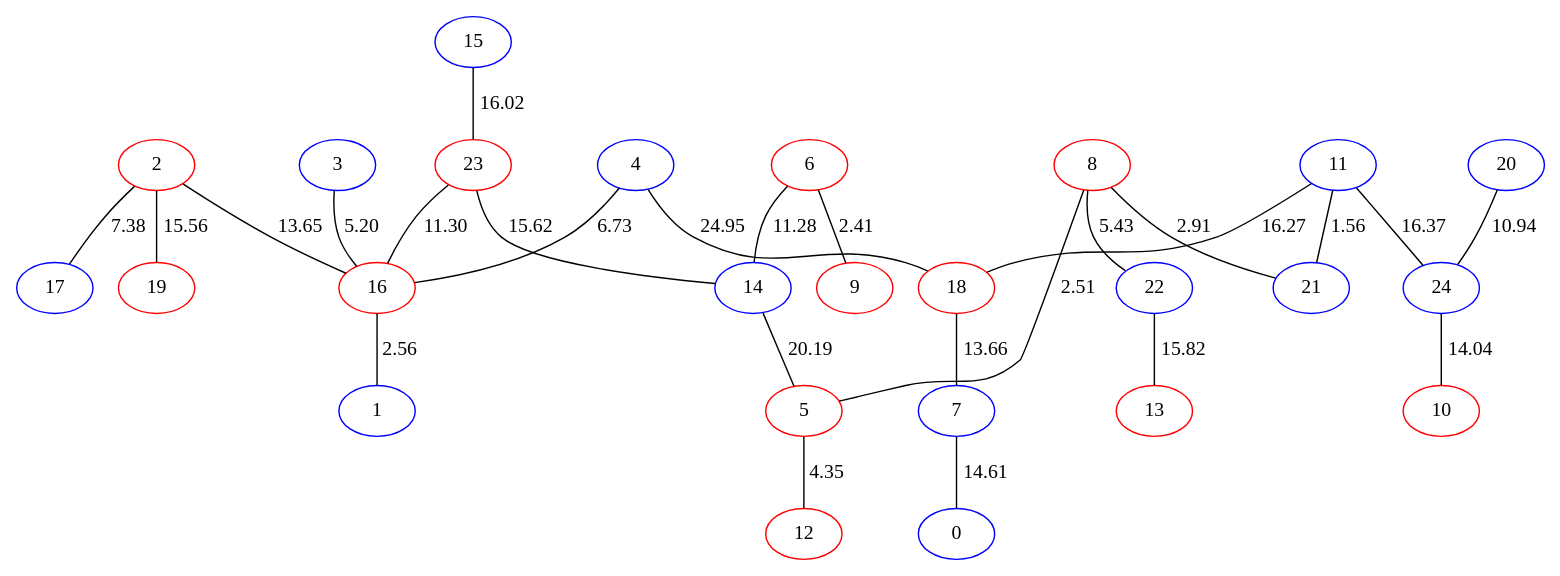
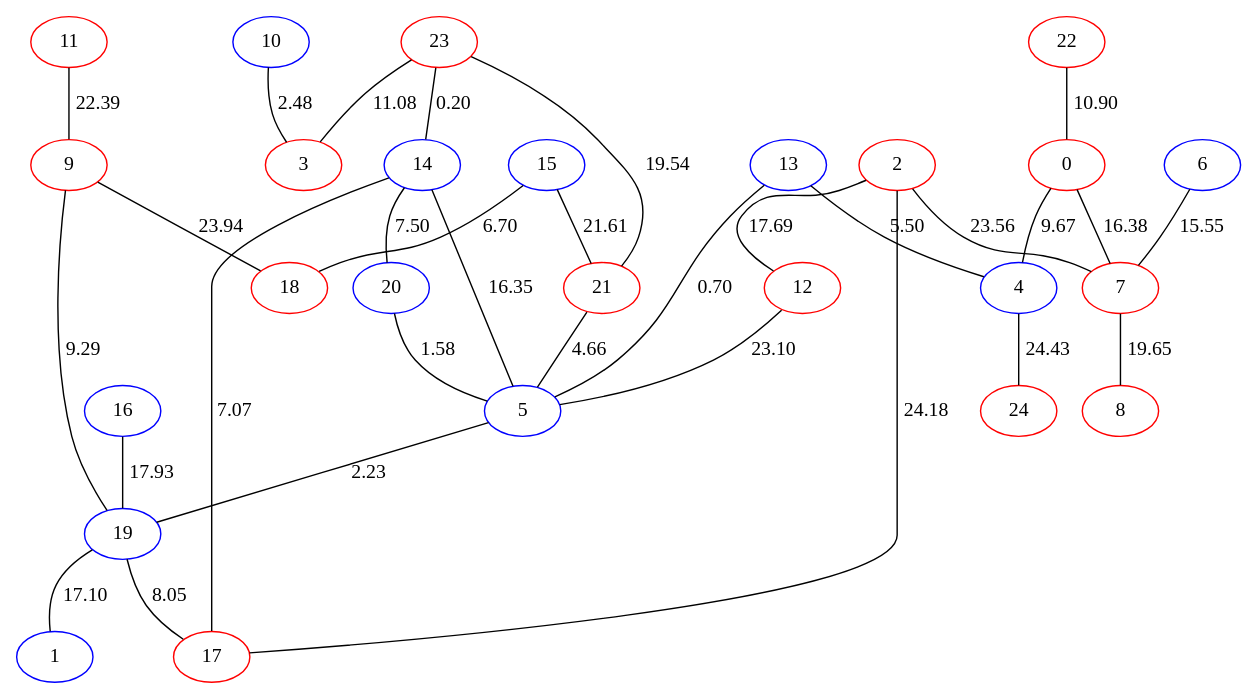
One commit to Aura9111/SteinerBA changed the diagram in example/ConnectedGraphWithCircles25N.dot. Above: the diagram before and after it, drawn with Graphviz. The commit also changed 32 other files, not shown here.

Commit message:
modelled graphs as set of components, added tree

```diff
--- a/example/ConnectedGraphWithCircles25N.dot
+++ b/example/ConnectedGraphWithCircles25N.dot
@@ -1,27 +1,57 @@
 graph {
-22[color=blue]23[color=red]24[color=blue]10[color=red]11[color=blue]12[color=red]13[color=red]14[color=blue]15[color=blue]16[color=red]17[color=blue]18[color=red]19[color=red]0[color=blue]1[color=blue]2[color=red]3[color=blue]4[color=blue]5[color=red]6[color=red]7[color=blue]8[color=red]9[color=red]20[color=blue]21[color=blue]11--18[label=16.27]
-24--10[label=14.04]
-16--1[label=2.56]
-8--5[label=2.51]
-4--16[label=6.73]
-4--18[label=24.95]
-15--23[label=16.02]
-14--5[label=20.19]
-11--21[label=1.56]
-3--16[label=5.20]
-18--7[label=13.66]
-7--0[label=14.61]
-2--16[label=13.65]
-11--24[label=16.37]
-22--13[label=15.82]
-20--24[label=10.94]
-2--17[label=7.38]
-2--19[label=15.56]
-23--16[label=11.30]
-8--22[label=5.43]
-23--14[label=15.62]
-5--12[label=4.35]
-6--14[label=11.28]
-6--9[label=2.41]
-8--21[label=2.91]
+22[color=red]
+23[color=red]
+24[color=red]
+10[color=blue]
+11[color=red]
+12[color=red]
+13[color=blue]
+14[color=blue]
+15[color=blue]
+16[color=blue]
+17[color=red]
+18[color=red]
+19[color=blue]
+0[color=red]
+1[color=blue]
+2[color=red]
+3[color=red]
+4[color=blue]
+5[color=blue]
+6[color=blue]
+7[color=red]
+8[color=red]
+9[color=red]
+20[color=blue]
+21[color=red]
+20--5[label=1.58]
+16--19[label=17.93]
+22--0[label=10.90]
+14--20[label=7.50]
+23--21[label=19.54]
+7--8[label=19.65]
+14--5[label=16.35]
+10--3[label=2.48]
+12--5[label=23.10]
+15--21[label=21.61]
+21--5[label=4.66]
+19--1[label=17.10]
+2--12[label=17.69]
+14--17[label=7.07]
+4--24[label=24.43]
+23--3[label=11.08]
+2--17[label=24.18]
+11--9[label=22.39]
+0--7[label=16.38]
+2--7[label=23.56]
+0--4[label=9.67]
+23--14[label=0.20]
+15--18[label=6.70]
+13--4[label=5.50]
+9--18[label=23.94]
+6--7[label=15.55]
+9--19[label=9.29]
+13--5[label=0.70]
+19--17[label=8.05]
+5--19[label=2.23]
 }
```
